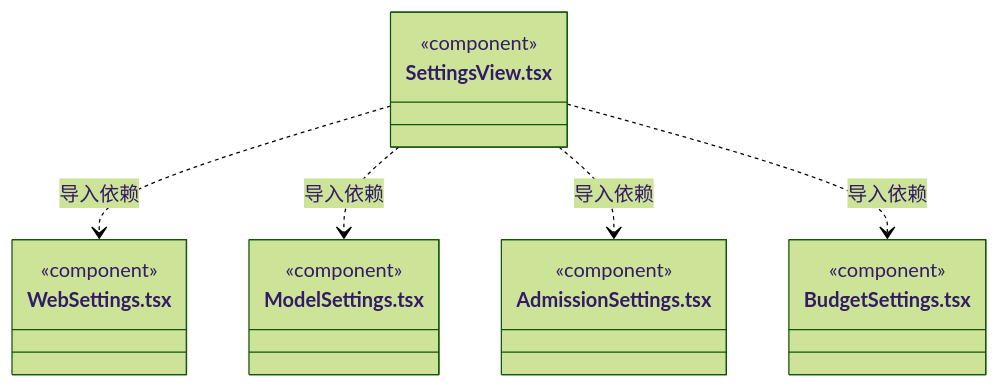
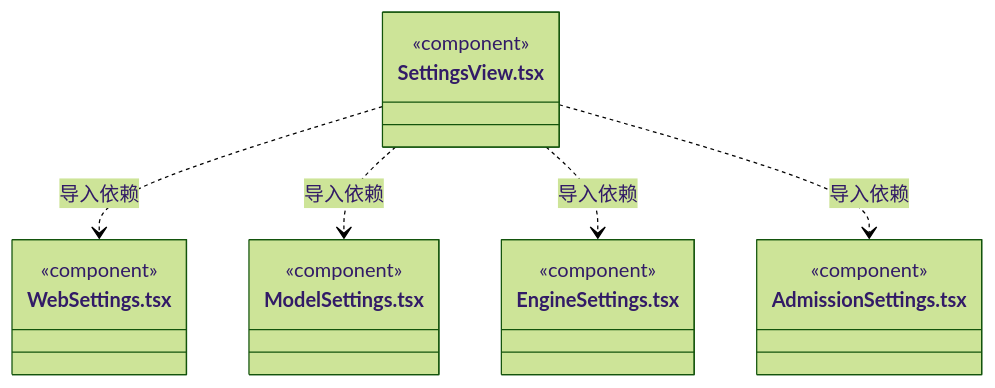
One commit to nan023062/cbim changed diagram 14 of 16 in src/view/settings/ARCHITECTURE.md. Above: the diagram before and after it, drawn with Mermaid (forest theme). The commit also changed other lines of this file and 27 other files, not shown here.

Commit message:
feat(settings): expose official engine capabilities and package actions

````diff
--- a/src/view/settings/ARCHITECTURE.md
+++ b/src/view/settings/ARCHITECTURE.md
@@ -213,22 +226,22 @@
 ```mermaid
 classDiagram
 class N_src_view_settings_SettingsView_tsx["SettingsView.tsx"] {
   <<component>>
 }
 class N_src_view_settings_WebSettings_tsx["WebSettings.tsx"] {
   <<component>>
 }
 class N_src_view_settings_ModelSettings_tsx["ModelSettings.tsx"] {
   <<component>>
 }
-class N_src_view_settings_AdmissionSettings_tsx["AdmissionSettings.tsx"] {
+class N_src_view_settings_EngineSettings_tsx["EngineSettings.tsx"] {
   <<component>>
 }
-class N_src_view_settings_BudgetSettings_tsx["BudgetSettings.tsx"] {
+class N_src_view_settings_AdmissionSettings_tsx["AdmissionSettings.tsx"] {
   <<component>>
 }
 N_src_view_settings_SettingsView_tsx ..> N_src_view_settings_WebSettings_tsx : 导入依赖
 N_src_view_settings_SettingsView_tsx ..> N_src_view_settings_ModelSettings_tsx : 导入依赖
+N_src_view_settings_SettingsView_tsx ..> N_src_view_settings_EngineSettings_tsx : 导入依赖
 N_src_view_settings_SettingsView_tsx ..> N_src_view_settings_AdmissionSettings_tsx : 导入依赖
-N_src_view_settings_SettingsView_tsx ..> N_src_view_settings_BudgetSettings_tsx : 导入依赖
 ```
````
